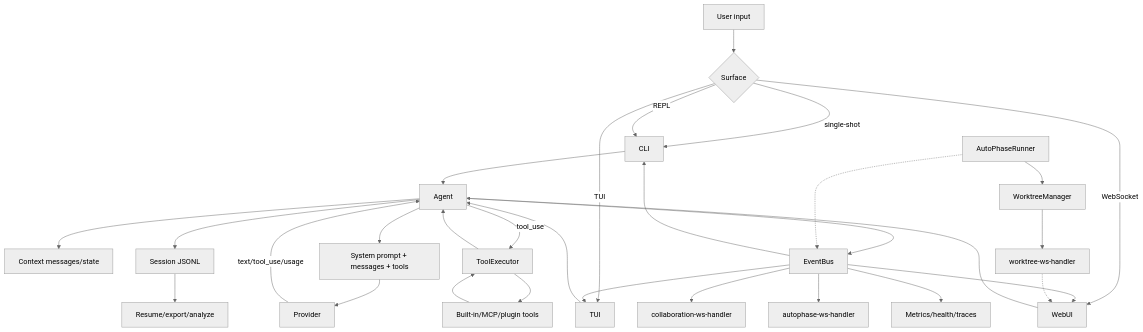
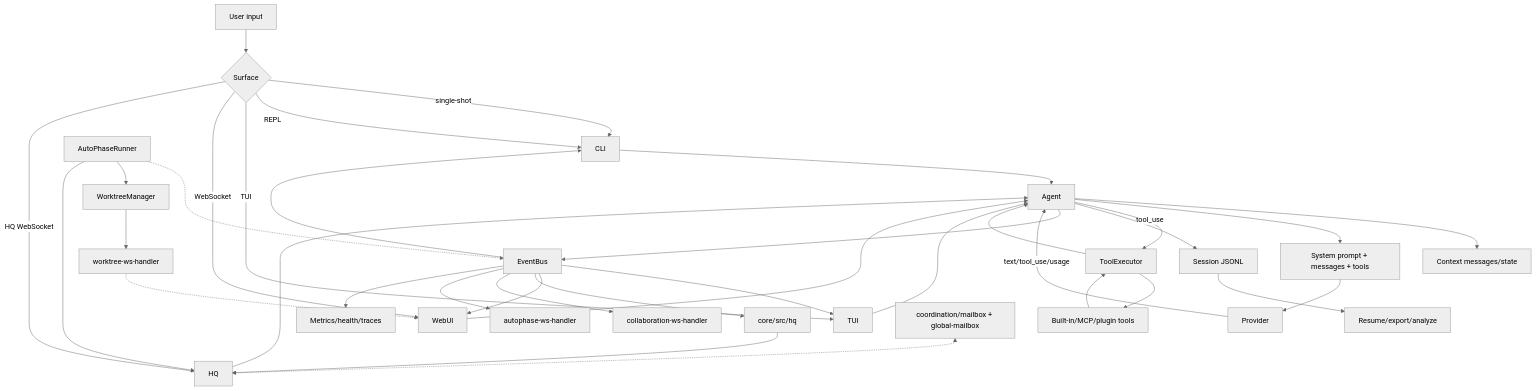
Diagram 21 of 22 in ARCHITECTURE.md (HoneyAdam/WrongStack), drawn with Mermaid (neutral theme) before and after one commit. The commit also changed other lines of this file and 7 other files, not shown here.

````diff
--- a/ARCHITECTURE.md
+++ b/ARCHITECTURE.md
@@ -1222,34 +1354,40 @@
 ```mermaid
 flowchart TD
   User[User input] --> UI{Surface}
   UI -->|single-shot| CLI
   UI -->|REPL| CLI
   UI -->|TUI| TUI
   UI -->|WebSocket| WebUI
+  UI -->|HQ WebSocket| HQ
   CLI --> Agent
   TUI --> Agent
   WebUI --> Agent
+  HQ --> Agent
 
   Agent --> Context[Context messages/state]
   Agent --> Prompt[System prompt + messages + tools]
   Prompt --> Provider[Provider]
   Provider -->|text/tool_use/usage| Agent
   Agent -->|tool_use| ToolExecutor
   ToolExecutor --> Tools[Built-in/MCP/plugin tools]
   Tools --> ToolExecutor
   ToolExecutor --> Agent
 
   Agent --> Session[Session JSONL]
   Agent --> Events[EventBus]
   Events --> CLI
   Events --> TUI
   Events --> WebUI
+  Events --> HQBridge[core/src/hq]
+  HQBridge --> HQ
   Events --> CollabWS[collaboration-ws-handler]
   Events --> AutophaseWS[autophase-ws-handler]
   Events --> Metrics[Metrics/health/traces]
   Session --> Resume[Resume/export/analyze]
   AutoPhase[AutoPhaseRunner] -.-> Events
   AutoPhase --> Worktree[WorktreeManager]
   Worktree --> WorktreeWS[worktree-ws-handler]
   WorktreeWS -.-> WebUI
+  AutoPhase --> HQ
+  Mailbox[coordination/mailbox + global-mailbox] <-.-> HQ
 ```
````
